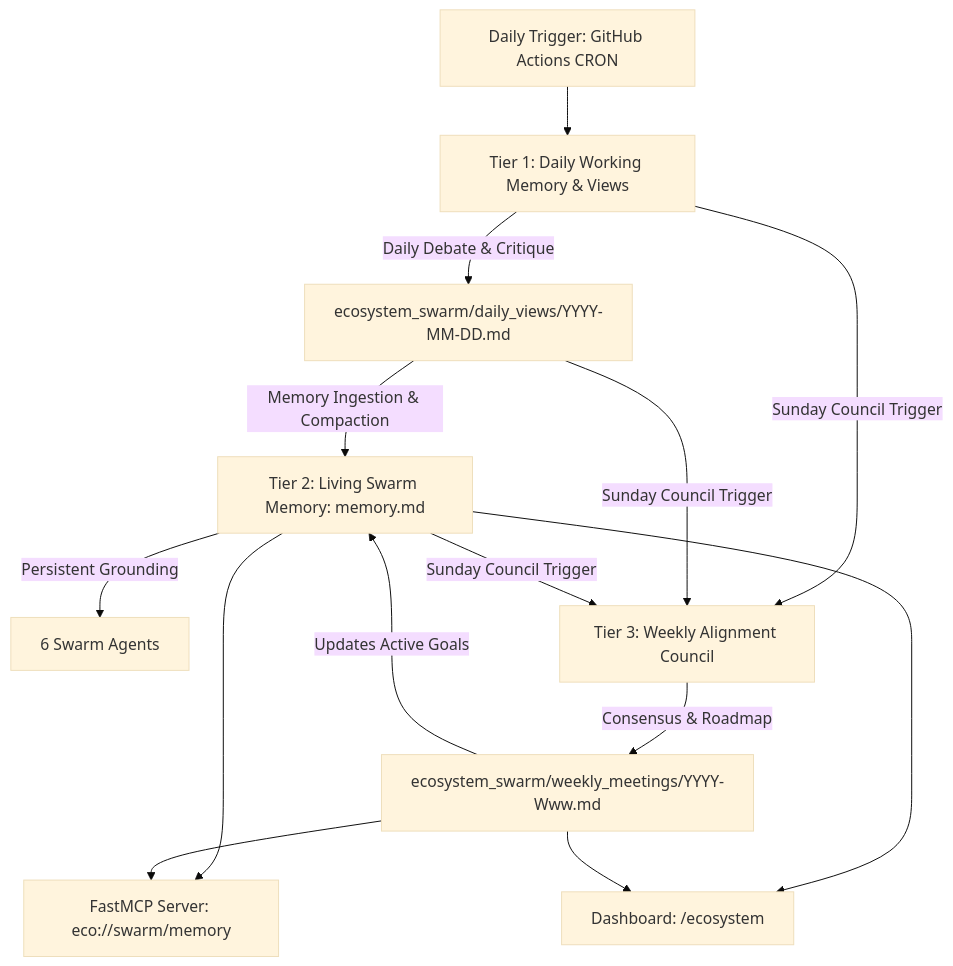
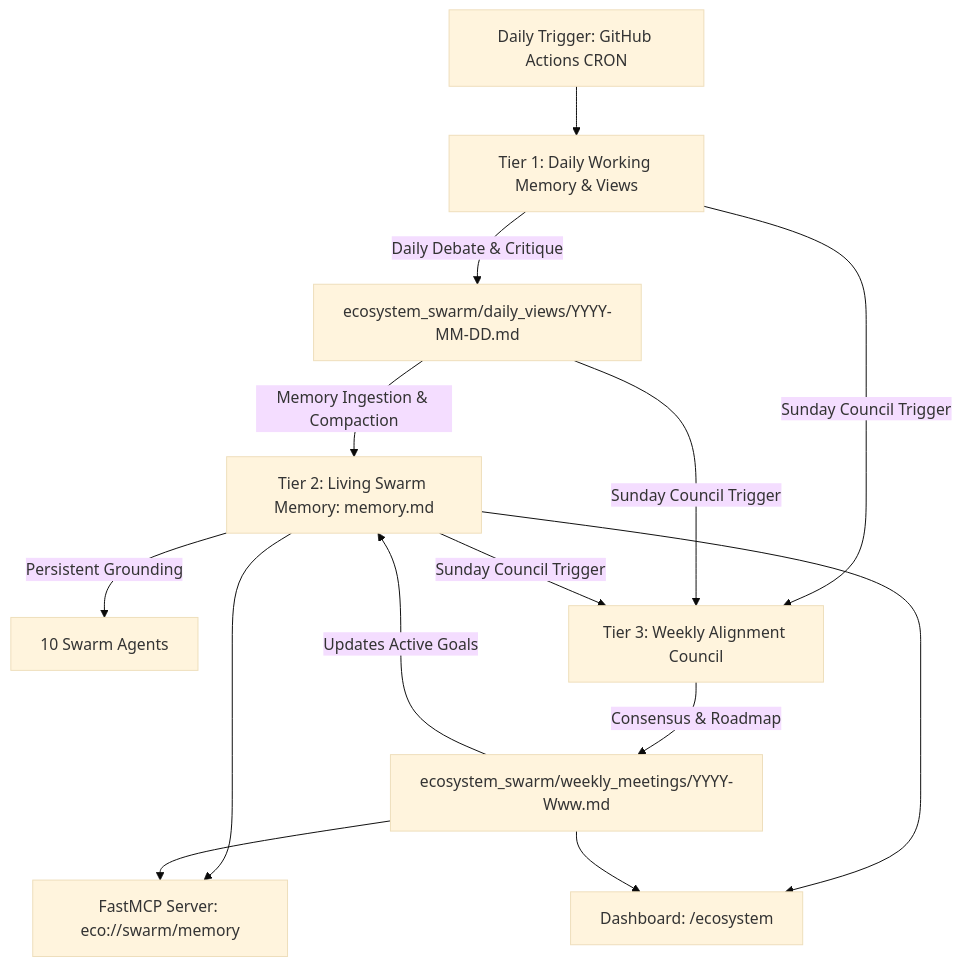
Before and after one commit to kprsnt2/kprsnt.in: the diagram in ecosystem_swarm/README.md, drawn with Mermaid (base theme). The commit also changed other lines of this file and 14 other files, not shown here.

````diff
--- a/ecosystem_swarm/README.md
+++ b/ecosystem_swarm/README.md
@@ -11,12 +11,12 @@
 ```mermaid
 graph TD
     A[Daily Trigger: GitHub Actions CRON] --> B[Tier 1: Daily Working Memory & Views]
     B -->|Daily Debate & Critique| C[ecosystem_swarm/daily_views/YYYY-MM-DD.md]
     C -->|Memory Ingestion & Compaction| D[Tier 2: Living Swarm Memory: memory.md]
-    D -->|Persistent Grounding| E[6 Swarm Agents]
+    D -->|Persistent Grounding| E[10 Swarm Agents]
     B & C & D -->|Sunday Council Trigger| F[Tier 3: Weekly Alignment Council]
     F -->|Consensus & Roadmap| G[ecosystem_swarm/weekly_meetings/YYYY-Www.md]
     G -->|Updates Active Goals| D
     D & G --> H[FastMCP Server: eco://swarm/memory]
     D & G --> I[Dashboard: /ecosystem]
 ```
````
